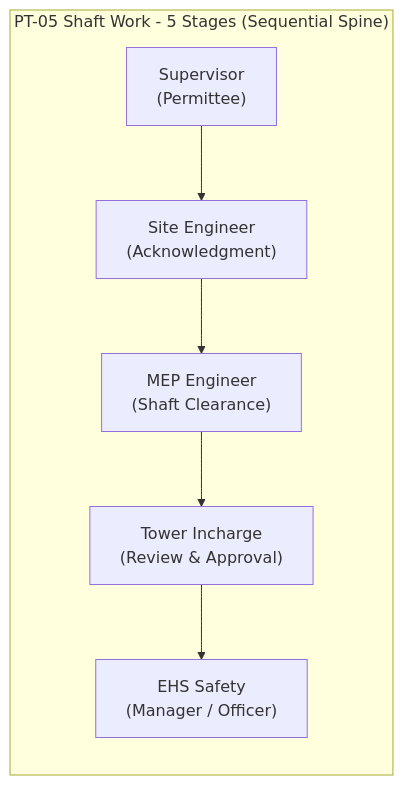
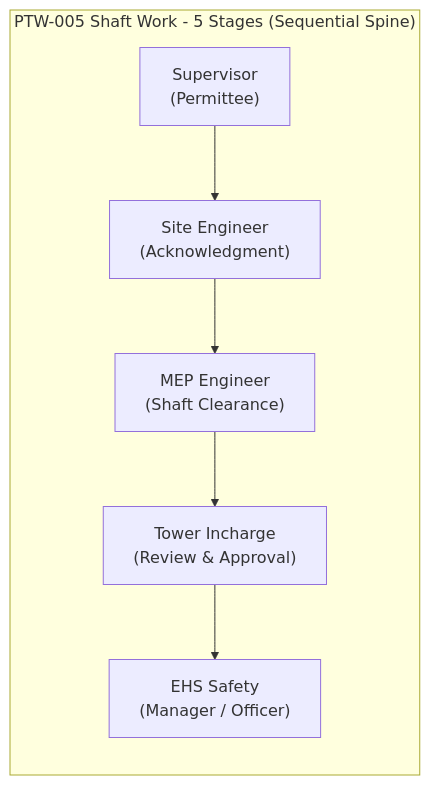
The sixth of 31 diagrams in README.md (AuroGroupAutomationBot/ARPL-EHS-Demo), drawn with Mermaid before and after one commit. The commit also changed other lines of this file and 17 other files, not shown here.

````diff
--- a/README.md
+++ b/README.md
@@ -374,9 +375,9 @@
 ```mermaid
 graph LR
-    subgraph "PT-05 Shaft Work - 5 Stages (Sequential Spine)"
+    subgraph "PTW-005 Shaft Work - 5 Stages (Sequential Spine)"
         S1["Supervisor<br/>(Permittee)"] --> S2["Site Engineer<br/>(Acknowledgment)"]
         S2 --> S3["MEP Engineer<br/>(Shaft Clearance)"]
         S3 --> S4["Tower Incharge<br/>(Review & Approval)"]
         S4 --> S5["EHS Safety<br/>(Manager / Officer)"]
     end
 ```
````
